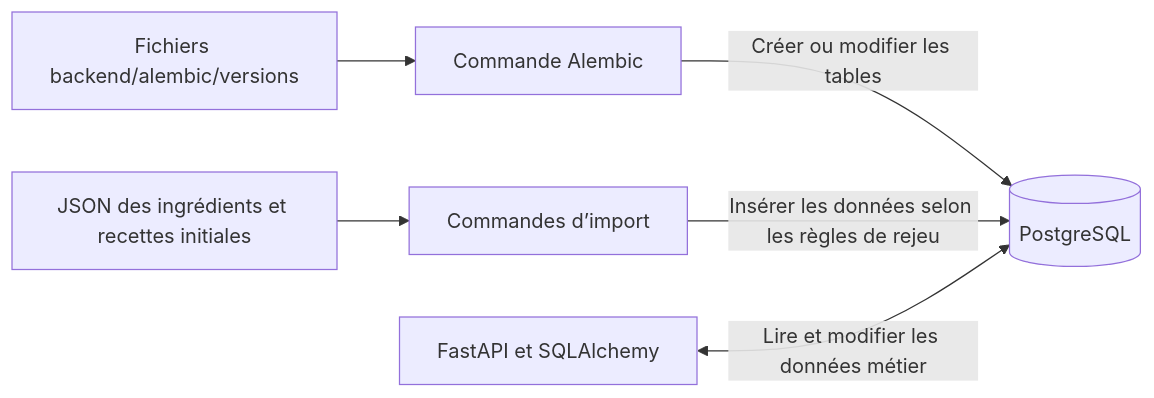
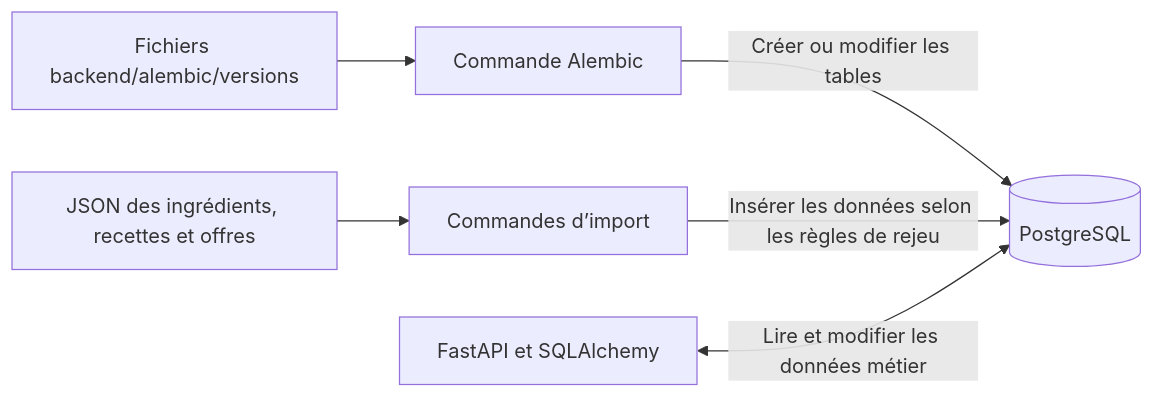
One commit to EnzoT454/OptiMeal changed diagram 12 of 16 in README-fonctionnement.md. Above: the diagram before and after it, drawn with Mermaid. The commit also changed other lines of this file, not shown here.

Commit message:
mettre a jour schemas de fonctionnement

````diff
--- a/README-fonctionnement.md
+++ b/README-fonctionnement.md
@@ -284,8 +334,8 @@
 ```mermaid
 flowchart LR
     A[Fichiers backend/alembic/versions] --> B[Commande Alembic]
     B -->|Créer ou modifier les tables| D[(PostgreSQL)]
-    J[JSON des ingrédients et recettes initiales] --> C[Commandes d’import]
+    J[JSON des ingrédients, recettes et offres] --> C[Commandes d’import]
     C -->|Insérer les données selon les règles de rejeu| D
     F[FastAPI et SQLAlchemy] <-->|Lire et modifier les données métier| D
 ```
````
